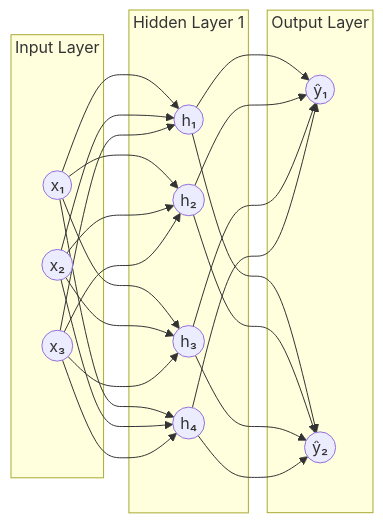
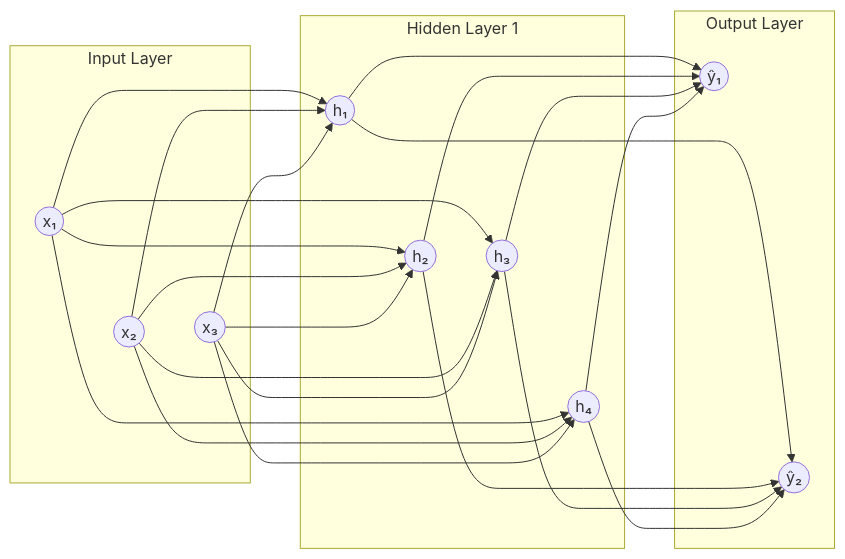
One commit to amitdevx/TY changed the second of 2 diagrams in 01-Semester-V/CS-321-VSC-P-AI-ML/Unit-4.md. Above: the diagram before and after it, drawn with Mermaid. The commit also changed other lines of this file and 65 other files, not shown here.

Commit message:
fix:graph vertical

````diff
--- a/01-Semester-V/CS-321-VSC-P-AI-ML/Unit-4.md
+++ b/01-Semester-V/CS-321-VSC-P-AI-ML/Unit-4.md
@@ -422,26 +422,29 @@
 ```mermaid
 graph LR
     subgraph Input Layer
         x1((x₁))
         x2((x₂))
         x3((x₃))
+        x1 ~~~ x2 ~~~ x3
     end
     subgraph Hidden Layer 1
         h1((h₁))
         h2((h₂))
         h3((h₃))
         h4((h₄))
+        h1 ~~~ h2 ~~~ h3 ~~~ h4
     end
     subgraph Output Layer
         o1((ŷ₁))
         o2((ŷ₂))
+        o1 ~~~ o2
     end
     
     x1 --> h1; x1 --> h2; x1 --> h3; x1 --> h4
     x2 --> h1; x2 --> h2; x2 --> h3; x2 --> h4
     x3 --> h1; x3 --> h2; x3 --> h3; x3 --> h4
     h1 --> o1; h1 --> o2
     h2 --> o1; h2 --> o2
     h3 --> o1; h3 --> o2
     h4 --> o1; h4 --> o2
 ```
````
